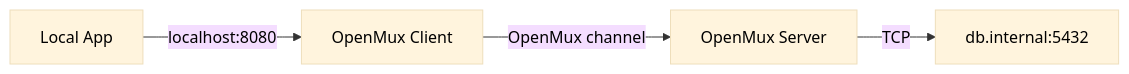
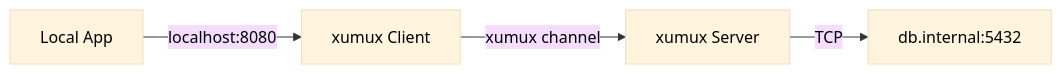
The second of 6 diagrams in docs/ext-port-forwarding.md (deftai/xumux), drawn with Mermaid before and after one commit. The commit also changed other lines of this file and 11 other files, not shown here.

````diff
--- a/docs/ext-port-forwarding.md
+++ b/docs/ext-port-forwarding.md
@@ -37,7 +37,7 @@
 ```mermaid
 %%{init: {'theme': 'base', 'themeVariables': {'primaryTextColor': '#000', 'lineColor': '#333'}}}%%
 graph LR
-    LC["Local App"] -->|"localhost:8080"| OC["OpenMux Client"]
-    OC -->|"OpenMux channel"| OS["OpenMux Server"]
+    LC["Local App"] -->|"localhost:8080"| OC["xumux Client"]
+    OC -->|"xumux channel"| OS["xumux Server"]
     OS -->|"TCP"| DB["db.internal:5432"]
 ```
````
